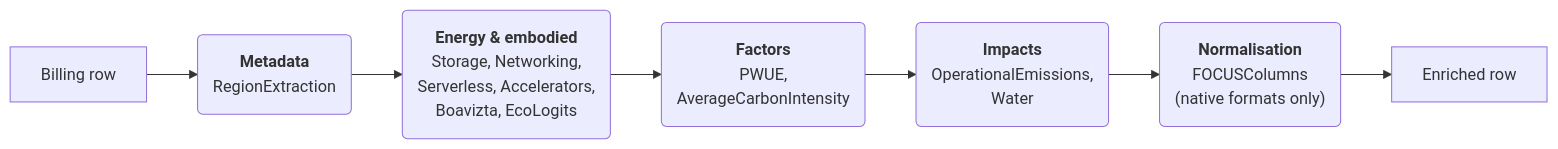
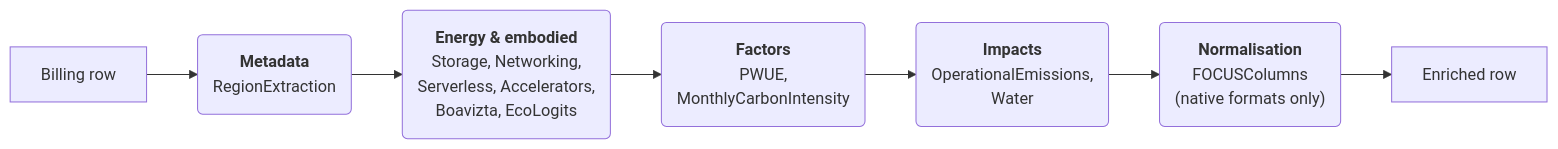
One commit to DigitalPebble/spruce changed the diagram in docs/src/modules.md. Above: the diagram before and after it, drawn with Mermaid. The commit also changed other lines of this file and 9 other files, not shown here.

First line of the commit message:
Make the monthly carbon intensity the default

````diff
--- a/docs/src/modules.md
+++ b/docs/src/modules.md
@@ -33,9 +33,9 @@
 ```mermaid
 flowchart LR
     A[Billing row] --> B("<b>Metadata</b><br>RegionExtraction")
     B --> C("<b>Energy &amp; embodied</b><br>Storage, Networking,<br>Serverless, Accelerators,<br>Boavizta, EcoLogits")
-    C --> D("<b>Factors</b><br>PWUE,<br>AverageCarbonIntensity")
+    C --> D("<b>Factors</b><br>PWUE,<br>MonthlyCarbonIntensity")
     D --> E("<b>Impacts</b><br>OperationalEmissions,<br>Water")
     E --> F("<b>Normalisation</b><br>FOCUSColumns<br>(native formats only)")
     F --> G[Enriched row]
 ```
````
